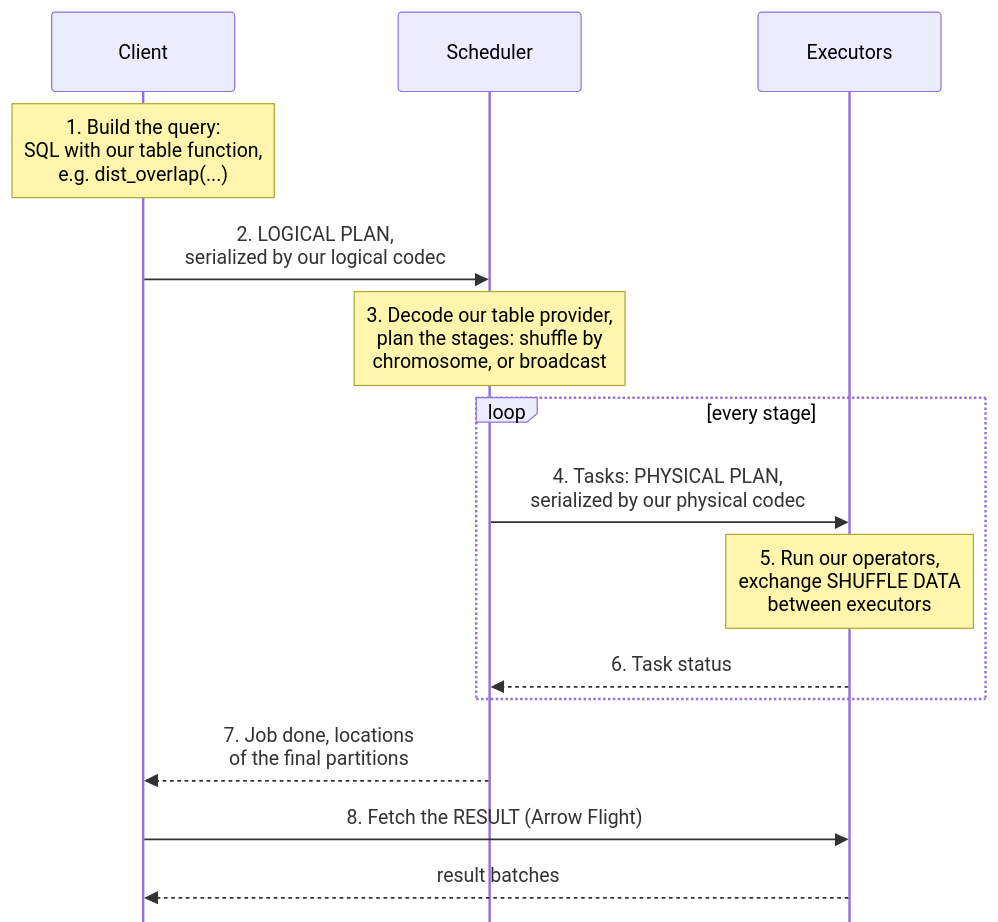
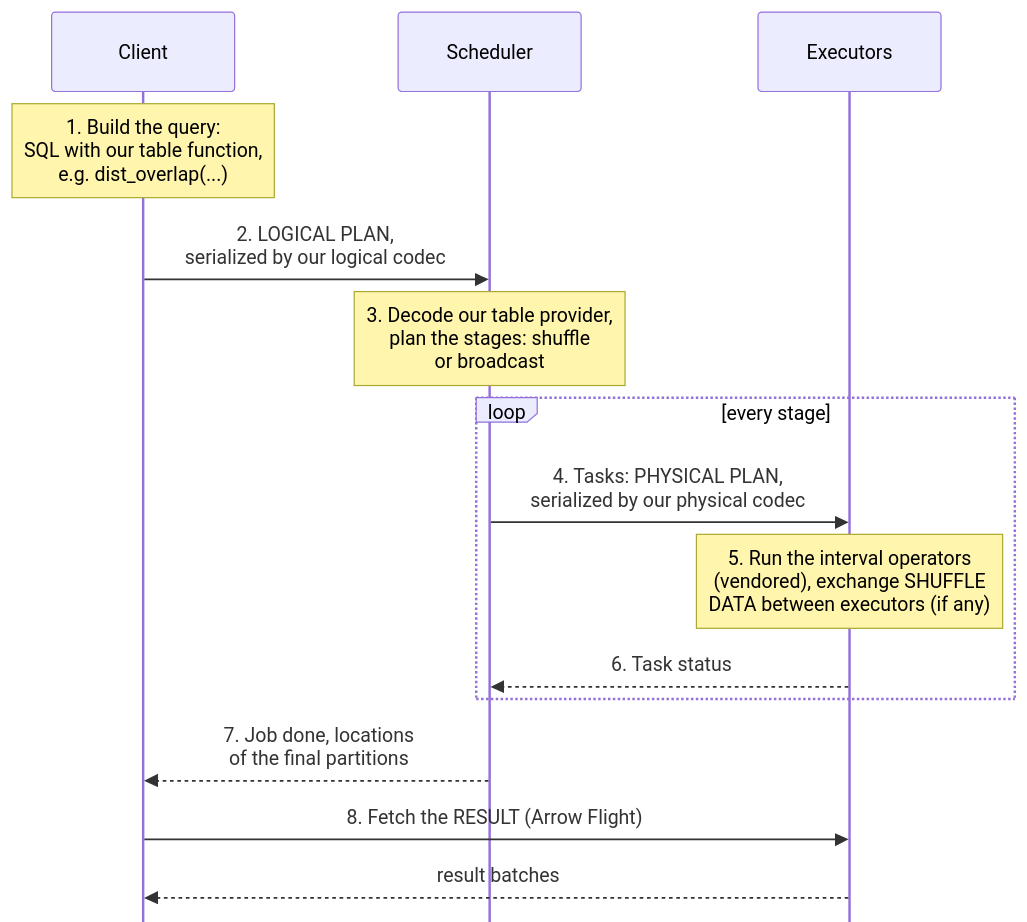
The first of 9 diagrams in tools/split/overlay/ballista-genomics/README.md (mkowalewski1282/distributed-polars-bio), drawn with Mermaid before and after one commit. The commit also changed other lines of this file and 1 other file, not shown here.

Commit message:
Etap 4: README - poprawki po przegladzie diagramow (precyzja opisow)

````diff
--- a/tools/split/overlay/ballista-genomics/README.md
+++ b/tools/split/overlay/ballista-genomics/README.md
@@ -70,19 +70,19 @@
 ```mermaid
 %%{init: {"sequence": {"mirrorActors": false}}}%%
 sequenceDiagram
     participant C as Client
     participant S as Scheduler
     participant E as Executors
 
     Note over C: 1. Build the query:<br/>SQL with our table function,<br/>e.g. dist_overlap(...)
     C->>S: 2. LOGICAL PLAN,<br/>serialized by our logical codec
-    Note over S: 3. Decode our table provider,<br/>plan the stages: shuffle by<br/>chromosome, or broadcast
+    Note over S: 3. Decode our table provider,<br/>plan the stages: shuffle<br/>or broadcast
     loop every stage
         S->>E: 4. Tasks: PHYSICAL PLAN,<br/>serialized by our physical codec
-        Note over E: 5. Run our operators,<br/>exchange SHUFFLE DATA<br/>between executors
+        Note over E: 5. Run the interval operators<br/>(vendored), exchange SHUFFLE<br/>DATA between executors (if any)
         E-->>S: 6. Task status
     end
     S-->>C: 7. Job done, locations<br/>of the final partitions
     C->>E: 8. Fetch the RESULT (Arrow Flight)
     E-->>C: result batches
 ```
````
